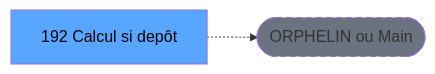
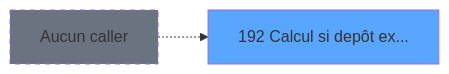
One commit to thonyAGP/lecteur-magic changed the second of 3 diagrams in .openspec/specs/ADH-IDE-192.md. Above: the diagram before and after it, drawn with Mermaid. The commit also changed other lines of this file and 96 other files, not shown here.

````diff
--- a/.openspec/specs/ADH-IDE-192.md
+++ b/.openspec/specs/ADH-IDE-192.md
@@ -119,8 +180,8 @@
 ```mermaid
 graph LR
-    T[192 Calcul si depôt]
-    ORPHAN([ORPHELIN ou Main])
-    T -.-> ORPHAN
-    style T fill:#58a6ff,color:#000
-    style ORPHAN fill:#6b7280,stroke-dasharray: 5 5
+    T192[192 Calcul si depôt ex...]
+    style T192 fill:#58a6ff
+    NONE[Aucun caller]
+    NONE -.-> T192
+    style NONE fill:#6b7280,stroke-dasharray: 5 5
 ```
````
